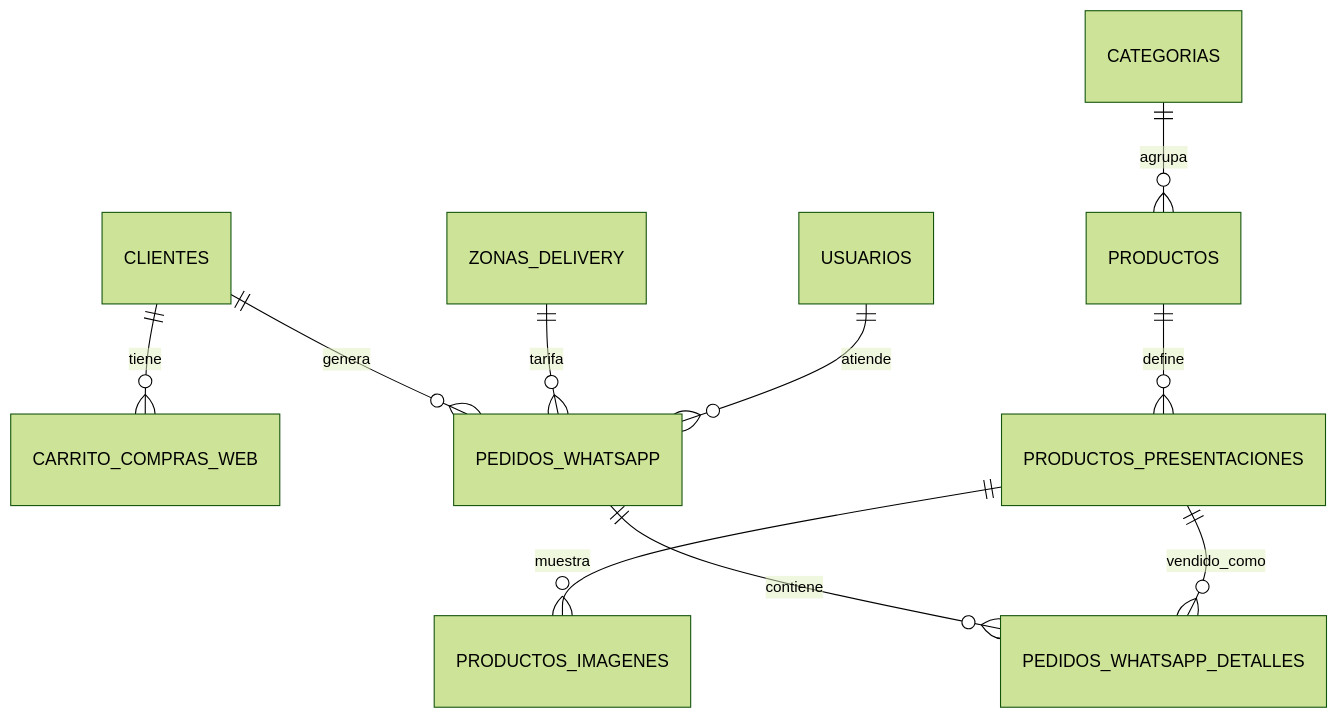
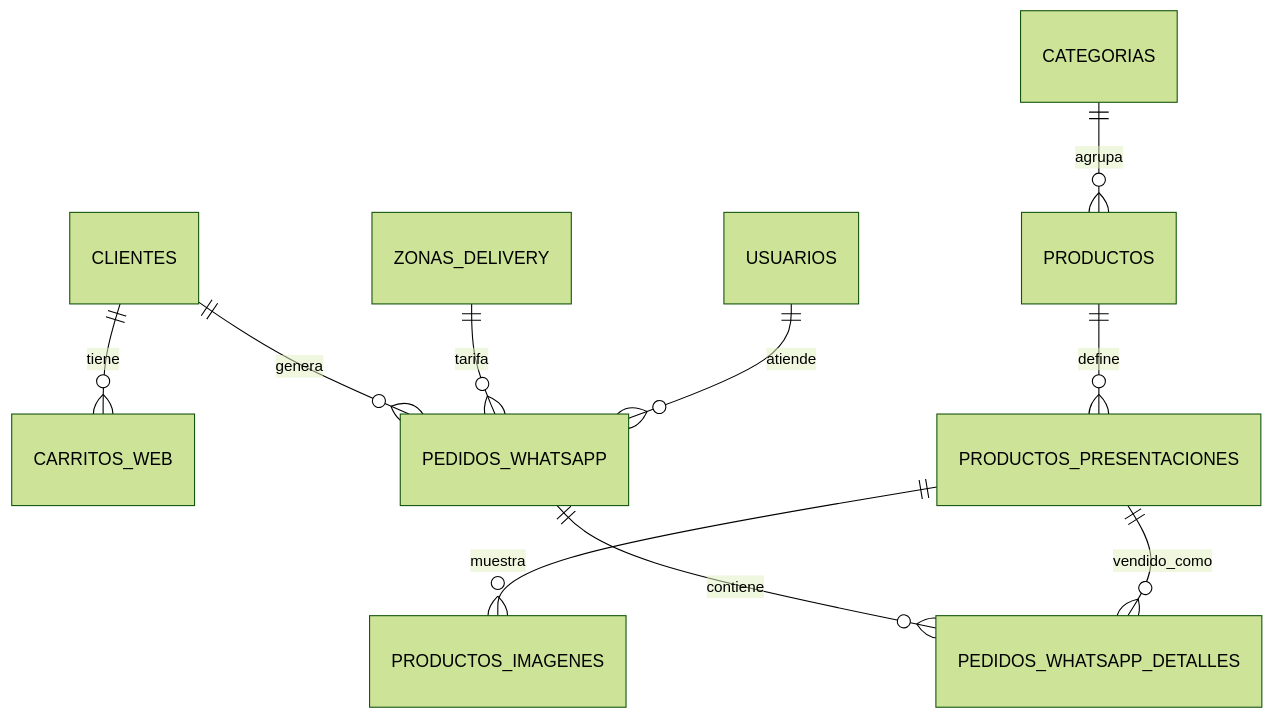
One commit to georgeelimelec-byte/tienda_km2 changed the third of 4 diagrams in outputs/architecture_docs/ARQUITECTURA_Y_DIAGRAMAS.md. Above: the diagram before and after it, drawn with Mermaid (forest theme). The commit also changed 19 other files, not shown here.

````diff
--- a/outputs/architecture_docs/ARQUITECTURA_Y_DIAGRAMAS.md
+++ b/outputs/architecture_docs/ARQUITECTURA_Y_DIAGRAMAS.md
@@ -43,12 +43,12 @@
 ```mermaid
 erDiagram
-    CLIENTES ||--o{ CARRITO_COMPRAS_WEB : tiene
+    CLIENTES ||--o{ CARRITOS_WEB : tiene
     CLIENTES ||--o{ PEDIDOS_WHATSAPP : genera
     PEDIDOS_WHATSAPP ||--o{ PEDIDOS_WHATSAPP_DETALLES : contiene
     PRODUCTOS ||--o{ PRODUCTOS_PRESENTACIONES : define
     PRODUCTOS_PRESENTACIONES ||--o{ PRODUCTOS_IMAGENES : muestra
     PRODUCTOS_PRESENTACIONES ||--o{ PEDIDOS_WHATSAPP_DETALLES : vendido_como
     CATEGORIAS ||--o{ PRODUCTOS : agrupa
     ZONAS_DELIVERY ||--o{ PEDIDOS_WHATSAPP : tarifa
     USUARIOS ||--o{ PEDIDOS_WHATSAPP : atiende
 ```
````
